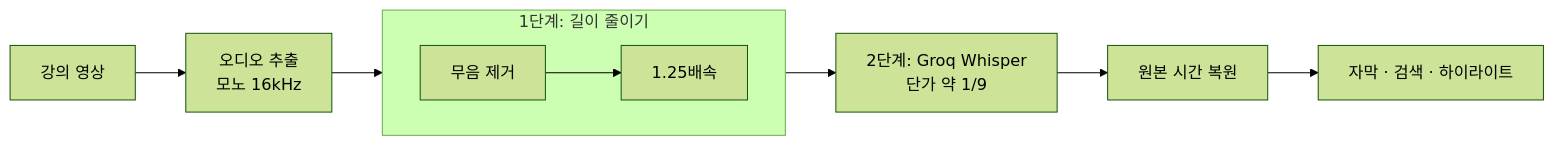
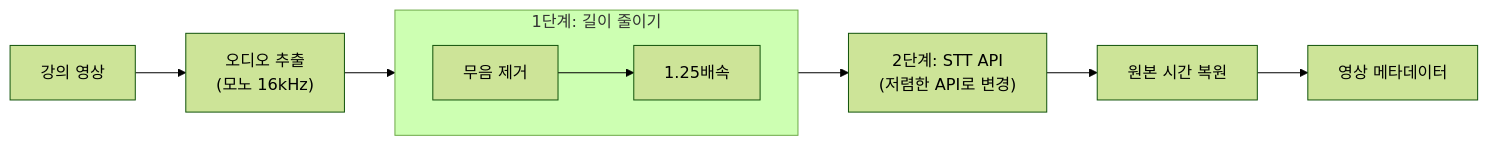
Before and after one commit to DSeung001/dseung001.github.io: the diagram in content/posts/2026/08/27/class-s-stt-cost-optimization/index.md, drawn with Mermaid (forest theme). The commit also changed other lines of this file and 4 other files, not shown here.

````diff
--- a/content/posts/2026/08/27/class-s-stt-cost-optimization/index.md
+++ b/content/posts/2026/08/27/class-s-stt-cost-optimization/index.md
@@ -31,16 +31,16 @@
 ```mermaid
 flowchart LR
-    video["강의 영상"] --> extract["오디오 추출<br/>모노 16kHz"]
+    video["강의 영상"] --> extract["오디오 추출<br/>(모노 16kHz)"]
 
     subgraph step1["1단계: 길이 줄이기"]
         direction LR
         vad["무음 제거"]
         speed["1.25배속"]
         vad --> speed
     end
 
     extract --> vad
-    speed --> groq["2단계: Groq Whisper<br/>단가 약 1/9"]
+    speed --> groq["2단계: STT API<br/>(저렴한 API로 변경)"]
     groq --> restore["원본 시간 복원"]
-    restore --> output["자막 · 검색 · 하이라이트"]
+    restore --> output["영상 메타데이터"]
 ```
````
